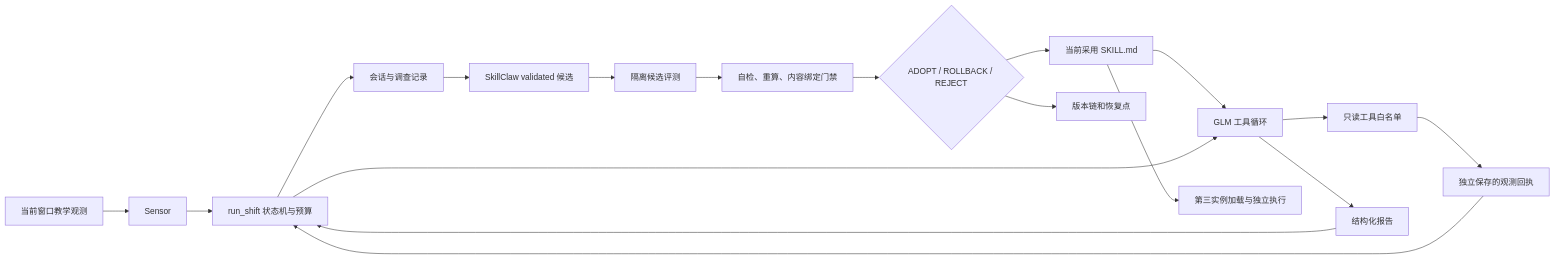
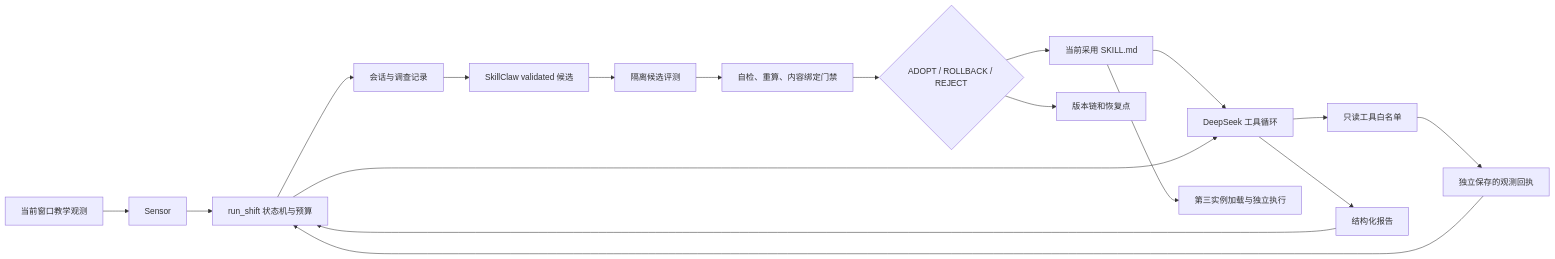
One commit to iOPEN-Xing/self-evolving-agent-harness changed the diagram in docs/ARCHITECTURE.md. Above: the diagram before and after it, drawn with Mermaid. The commit also changed other lines of this file and 44 other files, not shown here.

````diff
--- a/docs/ARCHITECTURE.md
+++ b/docs/ARCHITECTURE.md
@@ -21,20 +21,20 @@
 ```mermaid
 flowchart LR
     O[当前窗口教学观测] --> S[Sensor]
     S --> R[run_shift 状态机与预算]
-    K[当前采用 SKILL.md] --> A[GLM 工具循环]
+    K[当前采用 SKILL.md] --> A[DeepSeek 工具循环]
     R --> A
     A --> T[只读工具白名单]
     T --> E[独立保存的观测回执]
     E --> R
     A --> P[结构化报告]
     P --> R
     R --> H[会话与调查记录]
     H --> W[SkillClaw validated 候选]
     W --> V[隔离候选评测]
     V --> G[自检、重算、内容绑定门禁]
     G --> D{ADOPT / ROLLBACK / REJECT}
     D --> K
     D --> M[版本链和恢复点]
     K --> C[第三实例加载与独立执行]
 ```
````
